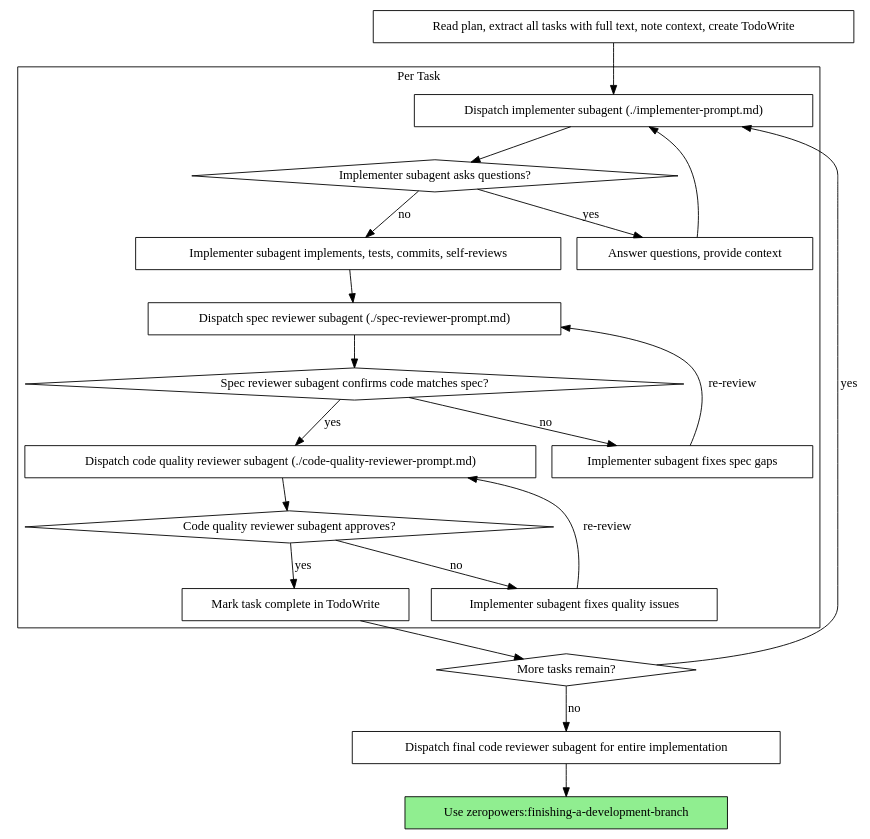
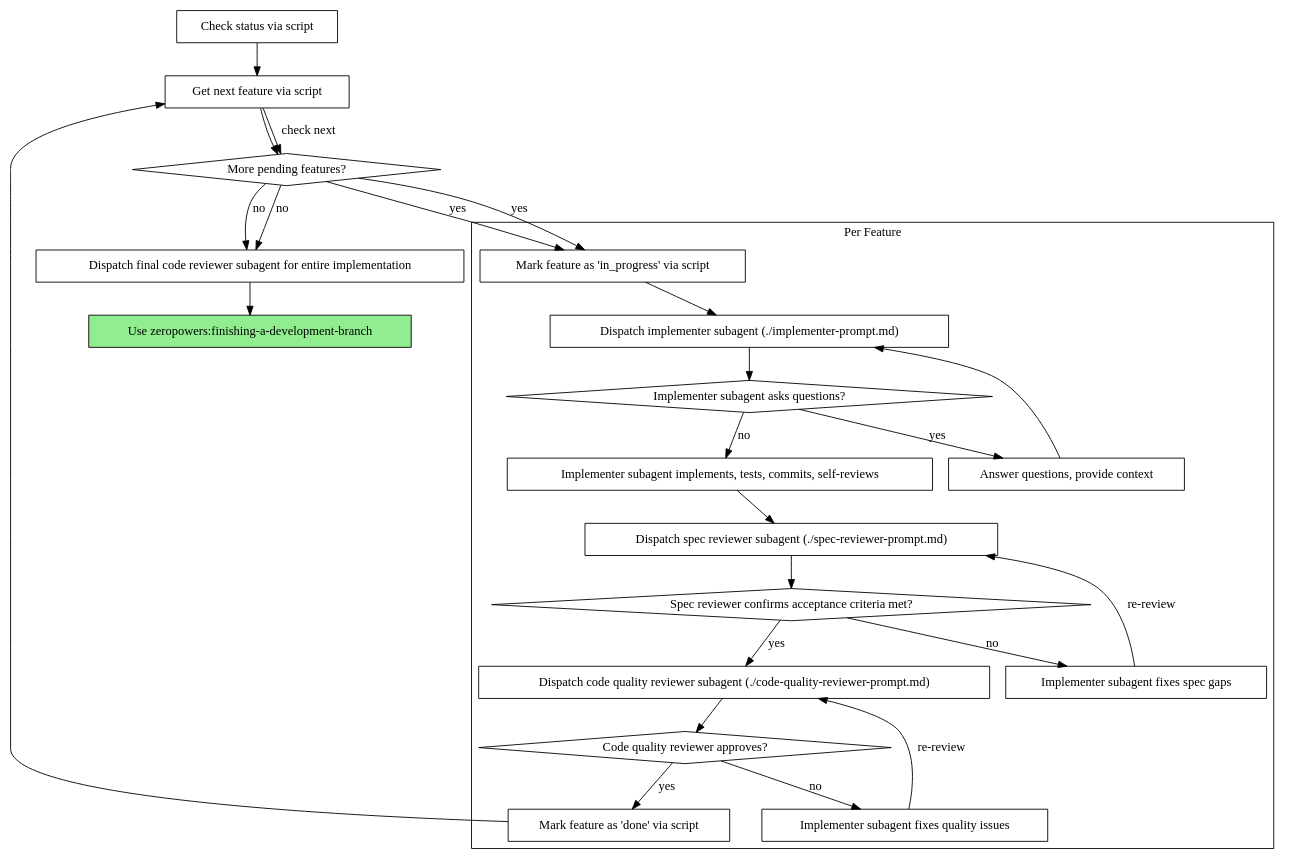
Before and after one commit to PPhoss/zeropowers: the second of 2 diagrams in skills/subagent-driven-development/SKILL.md, drawn with Graphviz. The commit also changed other lines of this file and 24 other files, not shown here.

````diff
--- a/skills/subagent-driven-development/SKILL.md
+++ b/skills/subagent-driven-development/SKILL.md
@@ -42,44 +44,51 @@
 ```dot
 digraph process {
     rankdir=TB;
 
-    subgraph cluster_per_task {
-        label="Per Task";
+    subgraph cluster_per_feature {
+        label="Per Feature";
+        "Mark feature as 'in_progress' via script" [shape=box];
         "Dispatch implementer subagent (./implementer-prompt.md)" [shape=box];
         "Implementer subagent asks questions?" [shape=diamond];
         "Answer questions, provide context" [shape=box];
         "Implementer subagent implements, tests, commits, self-reviews" [shape=box];
         "Dispatch spec reviewer subagent (./spec-reviewer-prompt.md)" [shape=box];
-        "Spec reviewer subagent confirms code matches spec?" [shape=diamond];
+        "Spec reviewer confirms acceptance criteria met?" [shape=diamond];
         "Implementer subagent fixes spec gaps" [shape=box];
         "Dispatch code quality reviewer subagent (./code-quality-reviewer-prompt.md)" [shape=box];
-        "Code quality reviewer subagent approves?" [shape=diamond];
+        "Code quality reviewer approves?" [shape=diamond];
         "Implementer subagent fixes quality issues" [shape=box];
-        "Mark task complete in TodoWrite" [shape=box];
+        "Mark feature as 'done' via script" [shape=box];
     }
 
-    "Read plan, extract all tasks with full text, note context, create TodoWrite" [shape=box];
-    "More tasks remain?" [shape=diamond];
+    "Check status via script" [shape=box];
+    "Get next feature via script" [shape=box];
+    "More pending features?" [shape=diamond];
     "Dispatch final code reviewer subagent for entire implementation" [shape=box];
     "Use zeropowers:finishing-a-development-branch" [shape=box style=filled fillcolor=lightgreen];
 
-    "Read plan, extract all tasks with full text, note context, create TodoWrite" -> "Dispatch implementer subagent (./implementer-prompt.md)";
+    "Check status via script" -> "Get next feature via script";
+    "Get next feature via script" -> "More pending features?";
+    "More pending features?" -> "Mark feature as 'in_progress' via script" [label="yes"];
+    "More pending features?" -> "Dispatch final code reviewer subagent for entire implementation" [label="no"];
+    "Mark feature as 'in_progress' via script" -> "Dispatch implementer subagent (./implementer-prompt.md)";
     "Dispatch implementer subagent (./implementer-prompt.md)" -> "Implementer subagent asks questions?";
     "Implementer subagent asks questions?" -> "Answer questions, provide context" [label="yes"];
     "Answer questions, provide context" -> "Dispatch implementer subagent (./implementer-prompt.md)";
     "Implementer subagent asks questions?" -> "Implementer subagent implements, tests, commits, self-reviews" [label="no"];
     "Implementer subagent implements, tests, commits, self-reviews" -> "Dispatch spec reviewer subagent (./spec-reviewer-prompt.md)";
-    "Dispatch spec reviewer subagent (./spec-reviewer-prompt.md)" -> "Spec reviewer subagent confirms code matches spec?";
-    "Spec reviewer subagent confirms code matches spec?" -> "Implementer subagent fixes spec gaps" [label="no"];
+    "Dispatch spec reviewer subagent (./spec-reviewer-prompt.md)" -> "Spec reviewer confirms acceptance criteria met?";
+    "Spec reviewer confirms acceptance criteria met?" -> "Implementer subagent fixes spec gaps" [label="no"];
     "Implementer subagent fixes spec gaps" -> "Dispatch spec reviewer subagent (./spec-reviewer-prompt.md)" [label="re-review"];
-    "Spec reviewer subagent confirms code matches spec?" -> "Dispatch code quality reviewer subagent (./code-quality-reviewer-prompt.md)" [label="yes"];
-    "Dispatch code quality reviewer subagent (./code-quality-reviewer-prompt.md)" -> "Code quality reviewer subagent approves?";
-    "Code quality reviewer subagent approves?" -> "Implementer subagent fixes quality issues" [label="no"];
+    "Spec reviewer confirms acceptance criteria met?" -> "Dispatch code quality reviewer subagent (./code-quality-reviewer-prompt.md)" [label="yes"];
+    "Dispatch code quality reviewer subagent (./code-quality-reviewer-prompt.md)" -> "Code quality reviewer approves?";
+    "Code quality reviewer approves?" -> "Implementer subagent fixes quality issues" [label="no"];
     "Implementer subagent fixes quality issues" -> "Dispatch code quality reviewer subagent (./code-quality-reviewer-prompt.md)" [label="re-review"];
-    "Code quality reviewer subagent approves?" -> "Mark task complete in TodoWrite" [label="yes"];
-    "Mark task complete in TodoWrite" -> "More tasks remain?";
-    "More tasks remain?" -> "Dispatch implementer subagent (./implementer-prompt.md)" [label="yes"];
-    "More tasks remain?" -> "Dispatch final code reviewer subagent for entire implementation" [label="no"];
+    "Code quality reviewer approves?" -> "Mark feature as 'done' via script" [label="yes"];
+    "Mark feature as 'done' via script" -> "Get next feature via script";
+    "Get next feature via script" -> "More pending features?" [label="check next"];
+    "More pending features?" -> "Mark feature as 'in_progress' via script" [label="yes"];
+    "More pending features?" -> "Dispatch final code reviewer subagent for entire implementation" [label="no"];
     "Dispatch final code reviewer subagent for entire implementation" -> "Use zeropowers:finishing-a-development-branch";
 }
 ```
````
